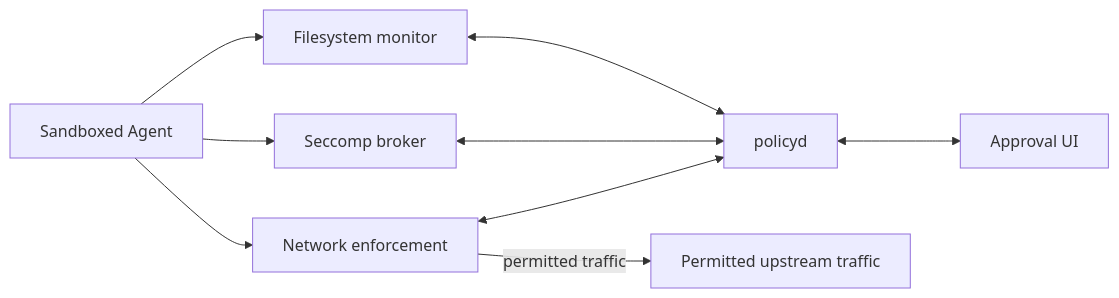
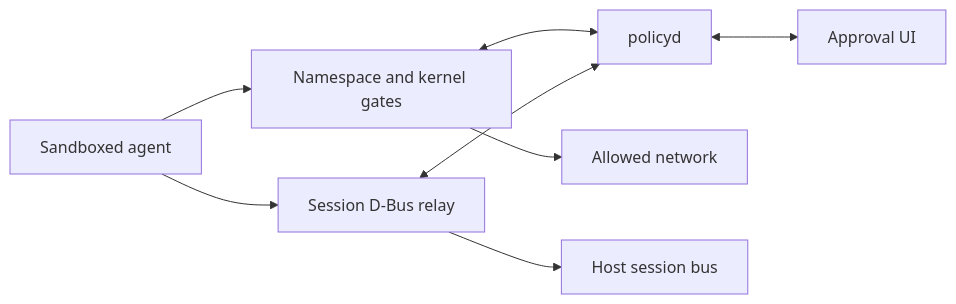
One commit to tdortman/agent-sandbox changed the diagram in README.md. Above: the diagram before and after it, drawn with Mermaid. The commit also changed other lines of this file and 8 other files, not shown here.

````diff
--- a/README.md
+++ b/README.md
@@ -90,19 +121,10 @@
 ```mermaid
 flowchart LR
-    Agent["Sandboxed Agent"]
-    Network["Network enforcement"]
-    SEC["Seccomp broker"]
-    FS["Filesystem monitor"]
-    Daemon["policyd"]
-    UI["Approval UI"]
-    Upstream["Permitted upstream traffic"]
-
-    Agent --> Network
-    Agent --> SEC
-    Agent --> FS
-    Network <--> Daemon
-    SEC <--> Daemon
-    FS <--> Daemon
-    Daemon <--> UI
-    Network -->|"permitted traffic"| Upstream
+    Agent["Sandboxed agent"] --> Gates["Namespace and kernel gates"]
+    Agent --> Relay["Session D-Bus relay"]
+    Gates <--> Policy["policyd"]
+    Relay <--> Policy
+    Policy <--> UI["Approval UI"]
+    Gates --> Network["Allowed network"]
+    Relay --> Session["Host session bus"]
 ```
````
